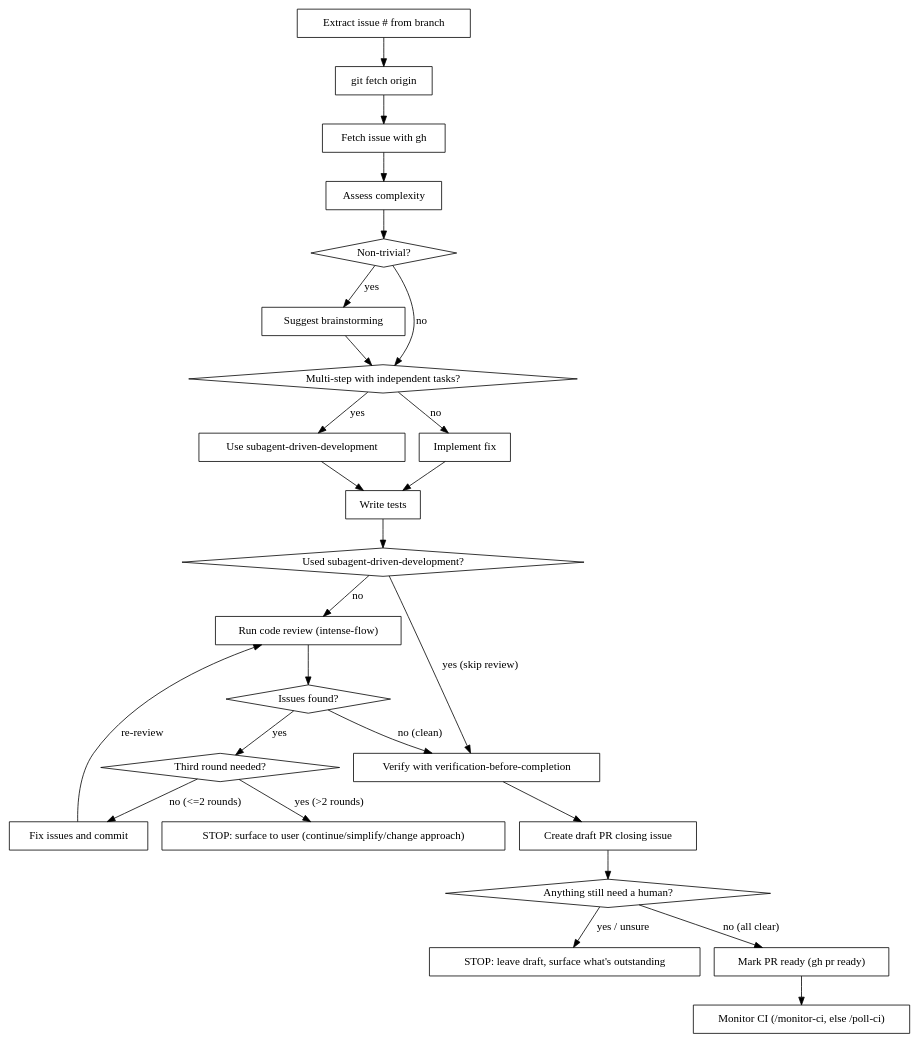
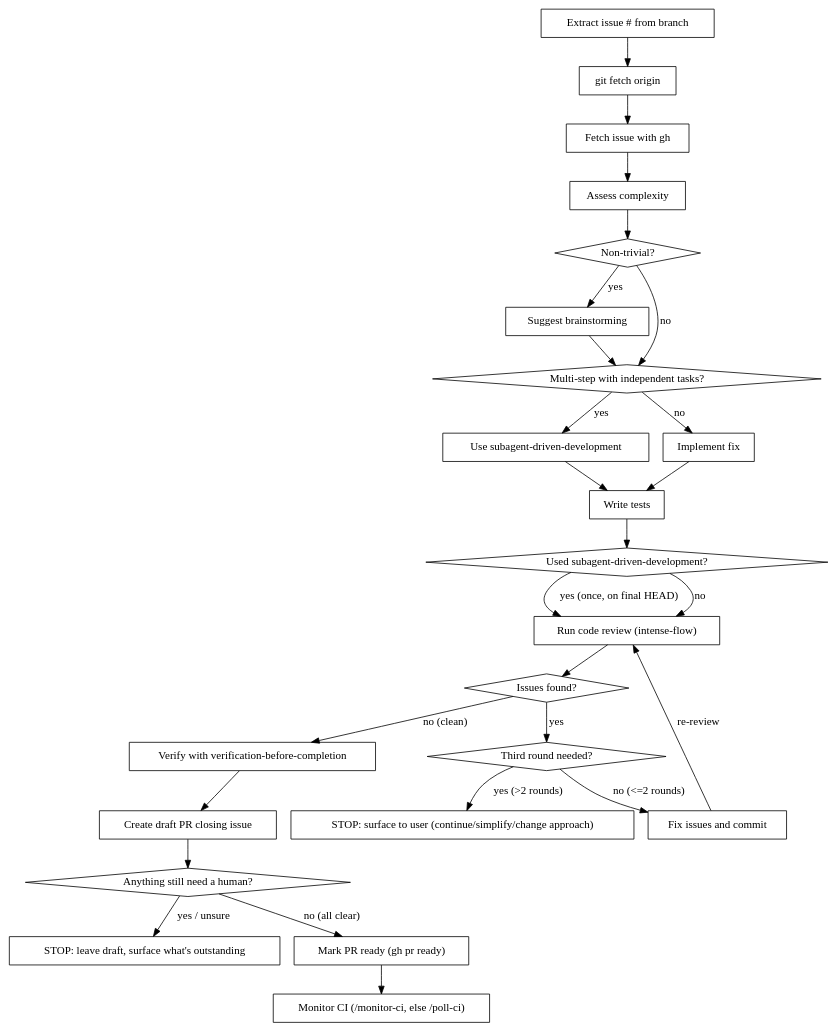
One commit to oalders/kitchen-sink changed the diagram in commands/fix-gh-issue.md. Above: the diagram before and after it, drawn with Graphviz. The commit also changed other lines of this file and 9 other files, not shown here.

First line of the commit message:
Gate PR creation on fix-NNN branches behind /code-review-intense-flow (#71)

````diff
--- a/commands/fix-gh-issue.md
+++ b/commands/fix-gh-issue.md
@@ -62,52 +62,52 @@
 ```dot
 digraph fix_issue {
     "Extract issue # from branch" [shape=box];
     "git fetch origin" [shape=box];
     "Fetch issue with gh" [shape=box];
     "Assess complexity" [shape=box];
     "Non-trivial?" [shape=diamond];
     "Suggest brainstorming" [shape=box];
     "Multi-step with independent tasks?" [shape=diamond];
     "Use subagent-driven-development" [shape=box];
     "Implement fix" [shape=box];
     "Write tests" [shape=box];
     "Used subagent-driven-development?" [shape=diamond];
     "Run code review (intense-flow)" [shape=box];
     "Issues found?" [shape=diamond];
     "Third round needed?" [shape=diamond];
     "STOP: surface to user (continue/simplify/change approach)" [shape=box];
     "Fix issues and commit" [shape=box];
     "Verify with verification-before-completion" [shape=box];
     "Create draft PR closing issue" [shape=box];
     "Anything still need a human?" [shape=diamond];
     "STOP: leave draft, surface what's outstanding" [shape=box];
     "Mark PR ready (gh pr ready)" [shape=box];
     "Monitor CI (/monitor-ci, else /poll-ci)" [shape=box];
 
     "Extract issue # from branch" -> "git fetch origin";
     "git fetch origin" -> "Fetch issue with gh";
     "Fetch issue with gh" -> "Assess complexity";
     "Assess complexity" -> "Non-trivial?";
     "Non-trivial?" -> "Suggest brainstorming" [label="yes"];
     "Non-trivial?" -> "Multi-step with independent tasks?" [label="no"];
     "Suggest brainstorming" -> "Multi-step with independent tasks?";
     "Multi-step with independent tasks?" -> "Use subagent-driven-development" [label="yes"];
     "Multi-step with independent tasks?" -> "Implement fix" [label="no"];
     "Use subagent-driven-development" -> "Write tests";
     "Implement fix" -> "Write tests";
     "Write tests" -> "Used subagent-driven-development?";
-    "Used subagent-driven-development?" -> "Verify with verification-before-completion" [label="yes (skip review)"];
+    "Used subagent-driven-development?" -> "Run code review (intense-flow)" [label="yes (once, on final HEAD)"];
     "Used subagent-driven-development?" -> "Run code review (intense-flow)" [label="no"];
     "Run code review (intense-flow)" -> "Issues found?" [shape=diamond];
     "Issues found?" -> "Third round needed?" [label="yes"];
     "Third round needed?" -> "STOP: surface to user (continue/simplify/change approach)" [label="yes (>2 rounds)"];
     "Third round needed?" -> "Fix issues and commit" [label="no (<=2 rounds)"];
     "Fix issues and commit" -> "Run code review (intense-flow)" [label="re-review"];
     "Issues found?" -> "Verify with verification-before-completion" [label="no (clean)"];
     "Verify with verification-before-completion" -> "Create draft PR closing issue";
     "Create draft PR closing issue" -> "Anything still need a human?";
     "Anything still need a human?" -> "STOP: leave draft, surface what's outstanding" [label="yes / unsure"];
     "Anything still need a human?" -> "Mark PR ready (gh pr ready)" [label="no (all clear)"];
     "Mark PR ready (gh pr ready)" -> "Monitor CI (/monitor-ci, else /poll-ci)";
 }
 ```
````
